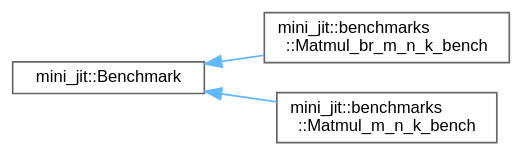
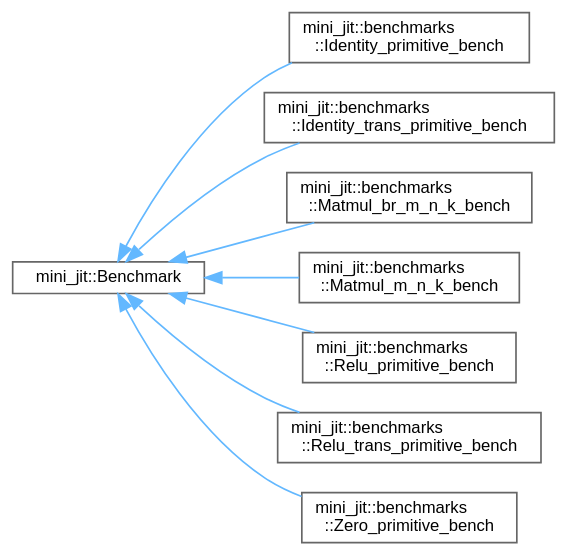
One commit to Shad00Z/machine-learning-compilers changed the diagram in inherit_graph_0.dot. Above: the diagram before and after it, drawn with Graphviz. The commit also changed 84 other files, not shown here.

```diff
--- a/inherit_graph_0.dot
+++ b/inherit_graph_0.dot
@@ -1,13 +1,23 @@
 digraph "Graphical Class Hierarchy"
 {
  // LATEX_PDF_SIZE
   bgcolor="transparent";
   edge [fontname=Helvetica,fontsize=10,labelfontname=Helvetica,labelfontsize=10];
   node [fontname=Helvetica,fontsize=10,shape=box,height=0.2,width=0.4];
   rankdir="LR";
   Node0 [id="Node000000",label="mini_jit::Benchmark",height=0.2,width=0.4,color="grey40", fillcolor="white", style="filled",URL="$classmini__jit_1_1Benchmark.html",tooltip=" "];
   Node0 -> Node1 [id="edge1_Node000000_Node000001",dir="back",color="steelblue1",style="solid",tooltip=" "];
-  Node1 [id="Node000001",label="mini_jit::benchmarks\l::Matmul_br_m_n_k_bench",height=0.2,width=0.4,color="grey40", fillcolor="white", style="filled",URL="$classmini__jit_1_1benchmarks_1_1Matmul__br__m__n__k__bench.html",tooltip="Benchmark for matrix multiplication using BRGEMM."];
+  Node1 [id="Node000001",label="mini_jit::benchmarks\l::Identity_primitive_bench",height=0.2,width=0.4,color="grey40", fillcolor="white", style="filled",URL="$classmini__jit_1_1benchmarks_1_1Identity__primitive__bench.html",tooltip=" "];
   Node0 -> Node2 [id="edge2_Node000000_Node000002",dir="back",color="steelblue1",style="solid",tooltip=" "];
-  Node2 [id="Node000002",label="mini_jit::benchmarks\l::Matmul_m_n_k_bench",height=0.2,width=0.4,color="grey40", fillcolor="white", style="filled",URL="$classmini__jit_1_1benchmarks_1_1Matmul__m__n__k__bench.html",tooltip=" "];
+  Node2 [id="Node000002",label="mini_jit::benchmarks\l::Identity_trans_primitive_bench",height=0.2,width=0.4,color="grey40", fillcolor="white", style="filled",URL="$classmini__jit_1_1benchmarks_1_1Identity__trans__primitive__bench.html",tooltip=" "];
+  Node0 -> Node3 [id="edge3_Node000000_Node000003",dir="back",color="steelblue1",style="solid",tooltip=" "];
+  Node3 [id="Node000003",label="mini_jit::benchmarks\l::Matmul_br_m_n_k_bench",height=0.2,width=0.4,color="grey40", fillcolor="white", style="filled",URL="$classmini__jit_1_1benchmarks_1_1Matmul__br__m__n__k__bench.html",tooltip="Benchmark for matrix multiplication using BRGEMM."];
+  Node0 -> Node4 [id="edge4_Node000000_Node000004",dir="back",color="steelblue1",style="solid",tooltip=" "];
+  Node4 [id="Node000004",label="mini_jit::benchmarks\l::Matmul_m_n_k_bench",height=0.2,width=0.4,color="grey40", fillcolor="white", style="filled",URL="$classmini__jit_1_1benchmarks_1_1Matmul__m__n__k__bench.html",tooltip=" "];
+  Node0 -> Node5 [id="edge5_Node000000_Node000005",dir="back",color="steelblue1",style="solid",tooltip=" "];
+  Node5 [id="Node000005",label="mini_jit::benchmarks\l::Relu_primitive_bench",height=0.2,width=0.4,color="grey40", fillcolor="white", style="filled",URL="$classmini__jit_1_1benchmarks_1_1Relu__primitive__bench.html",tooltip=" "];
+  Node0 -> Node6 [id="edge6_Node000000_Node000006",dir="back",color="steelblue1",style="solid",tooltip=" "];
+  Node6 [id="Node000006",label="mini_jit::benchmarks\l::Relu_trans_primitive_bench",height=0.2,width=0.4,color="grey40", fillcolor="white", style="filled",URL="$classmini__jit_1_1benchmarks_1_1Relu__trans__primitive__bench.html",tooltip=" "];
+  Node0 -> Node7 [id="edge7_Node000000_Node000007",dir="back",color="steelblue1",style="solid",tooltip=" "];
+  Node7 [id="Node000007",label="mini_jit::benchmarks\l::Zero_primitive_bench",height=0.2,width=0.4,color="grey40", fillcolor="white", style="filled",URL="$classmini__jit_1_1benchmarks_1_1Zero__primitive__bench.html",tooltip=" "];
 }
```
